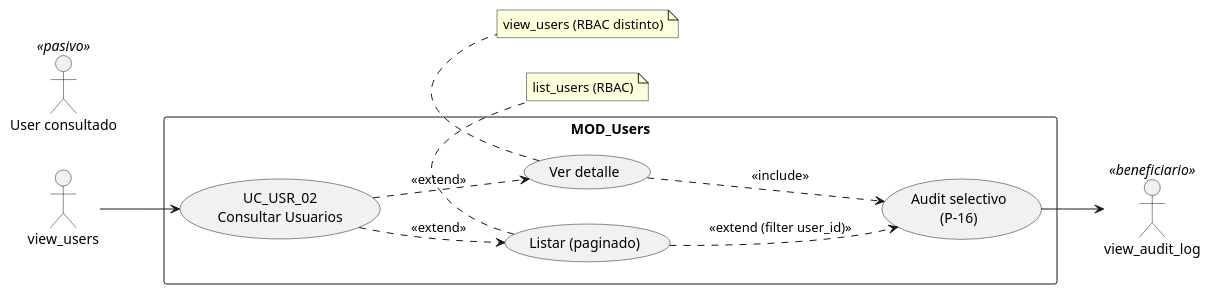
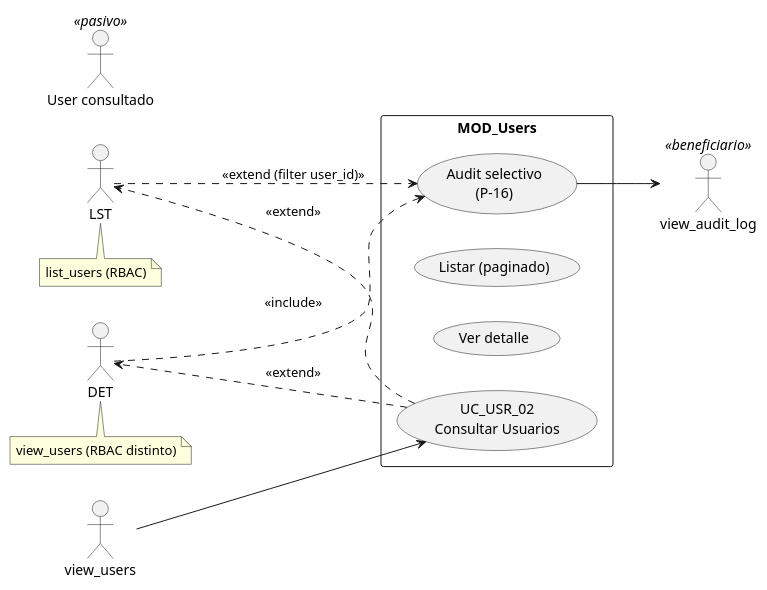
Before and after one commit to jcg-admin/IACT-docs: the diagram in source/requisitos/casos-uso/users/uc-usr-02/diagramas-uml/diagrama-de-caso-de-uso.rst, drawn with PlantUML. The commit also changed 47 other files, not shown here.

First line of the commit message:
Fix cryptic PlantUML aliases in UC and architecture files (STD_011)

```diff
--- a/source/requisitos/casos-uso/users/uc-usr-02/diagramas-uml/diagrama-de-caso-de-uso.rst
+++ b/source/requisitos/casos-uso/users/uc-usr-02/diagramas-uml/diagrama-de-caso-de-uso.rst
@@ -4,33 +4,33 @@
 .. uml::
  :caption: UC_USR_02 — actores y casos asociados
 
  @startuml
 
  left to right direction
 
  actor "view_users" as INVOKER
  actor "User consultado" as TARGET <<pasivo>>
  actor "view_audit_log" as view_audit_log <<beneficiario>>
 
  rectangle "MOD_Users" {
    usecase "UC_USR_02\nConsultar Usuarios" as UC02
-   usecase "Listar (paginado)" as LST
-   usecase "Ver detalle" as DET
+   usecase "Listar (paginado)" as VistaListado
+   usecase "Ver detalle" as VistaDetalle
    usecase "Audit selectivo\n(P-16)" as AUDS
  }
 
  INVOKER --> UC02
  UC02 ..> LST : <<extend>>
  UC02 ..> DET : <<extend>>
  LST ..> AUDS : <<extend (filter user_id)>>
  DET ..> AUDS : <<include>>
  AUDS --> view_audit_log
 
  note bottom of LST
    list_users (RBAC)
  end note
  note bottom of DET
    view_users (RBAC distinto)
  end note
 
  @enduml
```
